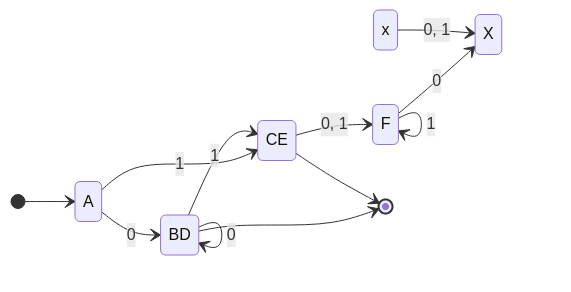
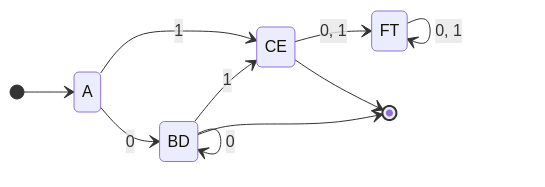
One commit to cijjas/ObsNotas changed diagram 16 of 17 in TLA/Guías/Guía 3 - Lenguajes Regulares, Autómatas Finitos.md. Above: the diagram before and after it, drawn with Mermaid. The commit also changed other lines of this file and 1 other file, not shown here.

````diff
--- a/TLA/Guías/Guía 3 - Lenguajes Regulares, Autómatas Finitos.md
+++ b/TLA/Guías/Guía 3 - Lenguajes Regulares, Autómatas Finitos.md
@@ -564,15 +616,13 @@
 ```mermaid
 stateDiagram
 direction LR
 [*] --> A
-A  --> BD : 0
-A  --> CE : 1
-BD  --> BD : 0
-BD  --> CE : 1
-CE  --> F : 0, 1
-F --> X :0
-F --> F : 1
-x --> X : 0, 1
+A --> BD : 0
+A --> CE : 1
+BD --> BD : 0
+BD --> CE : 1
+CE --> FT : 0, 1
+FT --> FT : 0, 1
+CE --> [*]
 BD --> [*]
-CE --> [*]
 ```
````
